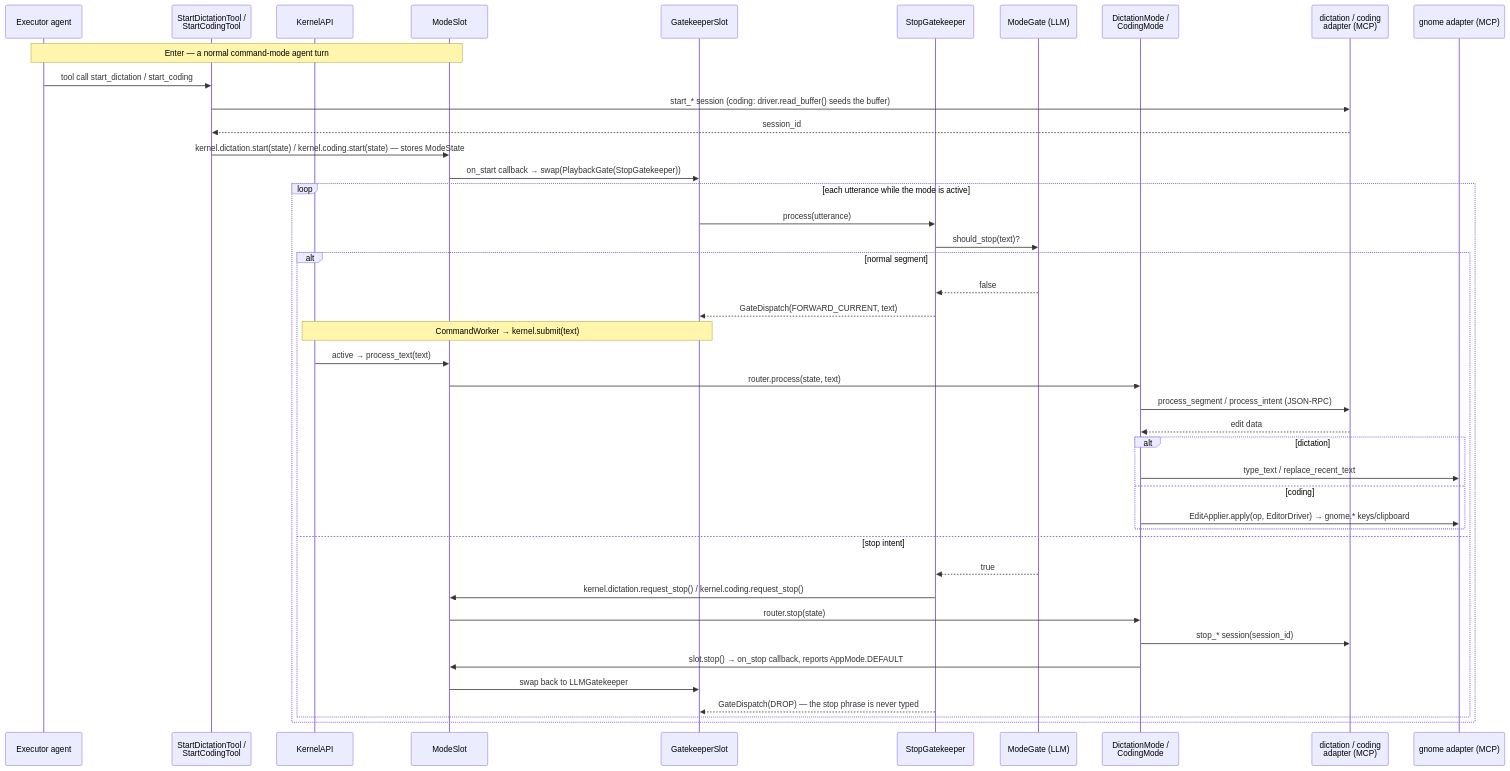
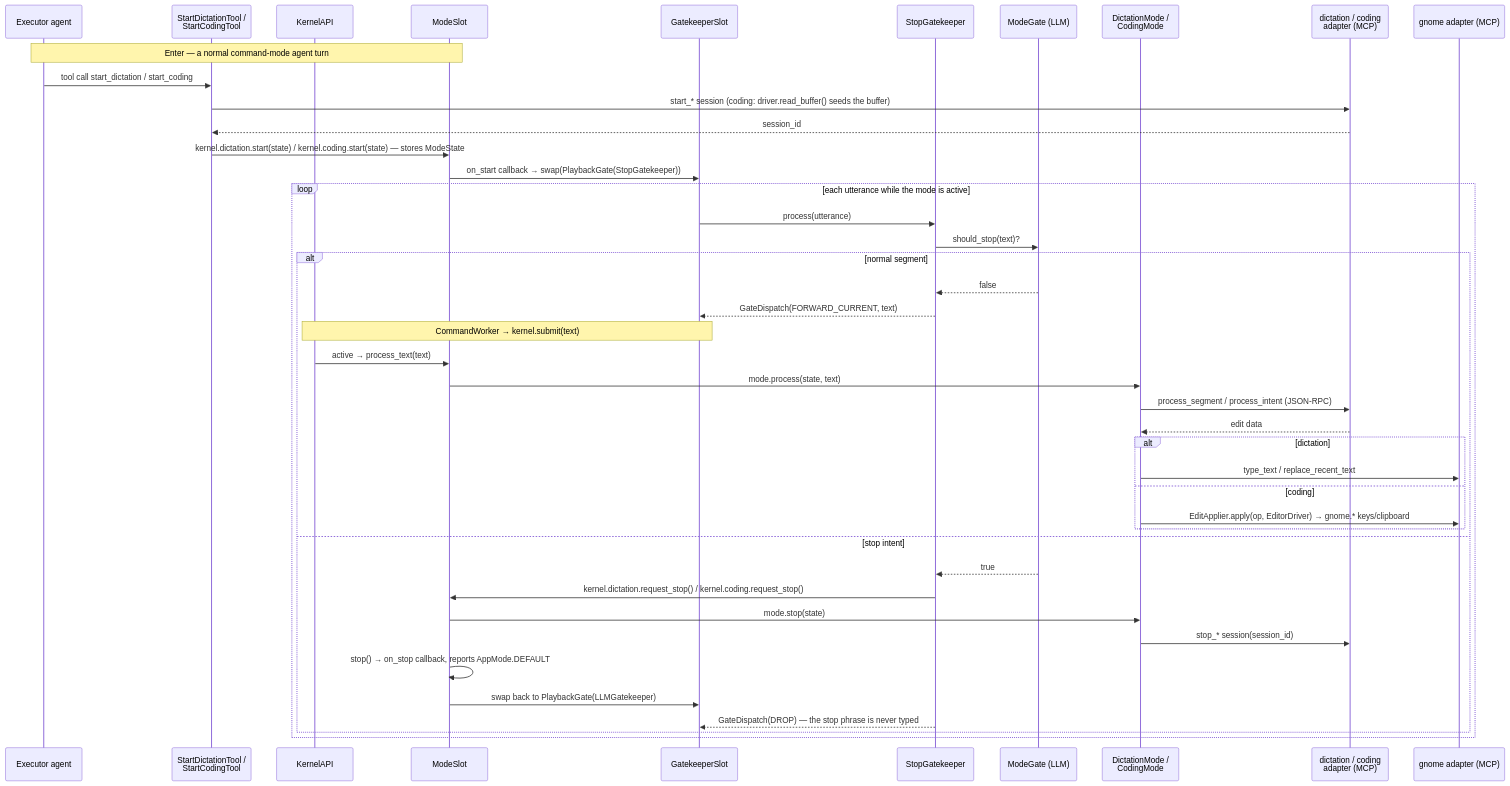
Before and after one commit to vovka/tusk: the second of 4 diagrams in docs/architecture.md, drawn with Mermaid. The commit also changed other lines of this file and 2 other files, not shown here.

First line of the commit message:
Bring architecture.md in line with the current code

````diff
--- a/docs/architecture.md
+++ b/docs/architecture.md
@@ -162,47 +165,47 @@
 ```mermaid
 sequenceDiagram
     participant EX as Executor agent
     participant ST as StartDictationTool /<br/>StartCodingTool
     participant K as KernelAPI
     participant MS as ModeSlot
     participant GS as GatekeeperSlot
     participant SG as StopGatekeeper
     participant MG as ModeGate (LLM)
     participant R as DictationMode /<br/>CodingMode
     participant A as dictation / coding<br/>adapter (MCP)
     participant G as gnome adapter (MCP)
 
     Note over EX,MS: Enter — a normal command-mode agent turn
     EX->>ST: tool call start_dictation / start_coding
     ST->>A: start_* session (coding: driver.read_buffer() seeds the buffer)
     A-->>ST: session_id
     ST->>MS: kernel.dictation.start(state) / kernel.coding.start(state) — stores ModeState
     MS->>GS: on_start callback → swap(PlaybackGate(StopGatekeeper))
 
     loop each utterance while the mode is active
         GS->>SG: process(utterance)
         SG->>MG: should_stop(text)?
         alt normal segment
             MG-->>SG: false
             SG-->>GS: GateDispatch(FORWARD_CURRENT, text)
             Note over GS,K: CommandWorker → kernel.submit(text)
             K->>MS: active → process_text(text)
-            MS->>R: router.process(state, text)
+            MS->>R: mode.process(state, text)
             R->>A: process_segment / process_intent (JSON-RPC)
             A-->>R: edit data
             alt dictation
                 R->>G: type_text / replace_recent_text
             else coding
                 R->>G: EditApplier.apply(op, EditorDriver) → gnome.* keys/clipboard
             end
         else stop intent
             MG-->>SG: true
             SG->>MS: kernel.dictation.request_stop() / kernel.coding.request_stop()
-            MS->>R: router.stop(state)
+            MS->>R: mode.stop(state)
             R->>A: stop_* session(session_id)
-            R->>MS: slot.stop() → on_stop callback, reports AppMode.DEFAULT
-            MS->>GS: swap back to LLMGatekeeper
+            MS->>MS: stop() → on_stop callback, reports AppMode.DEFAULT
+            MS->>GS: swap back to PlaybackGate(LLMGatekeeper)
             SG-->>GS: GateDispatch(DROP) — the stop phrase is never typed
         end
     end
 ```
````
